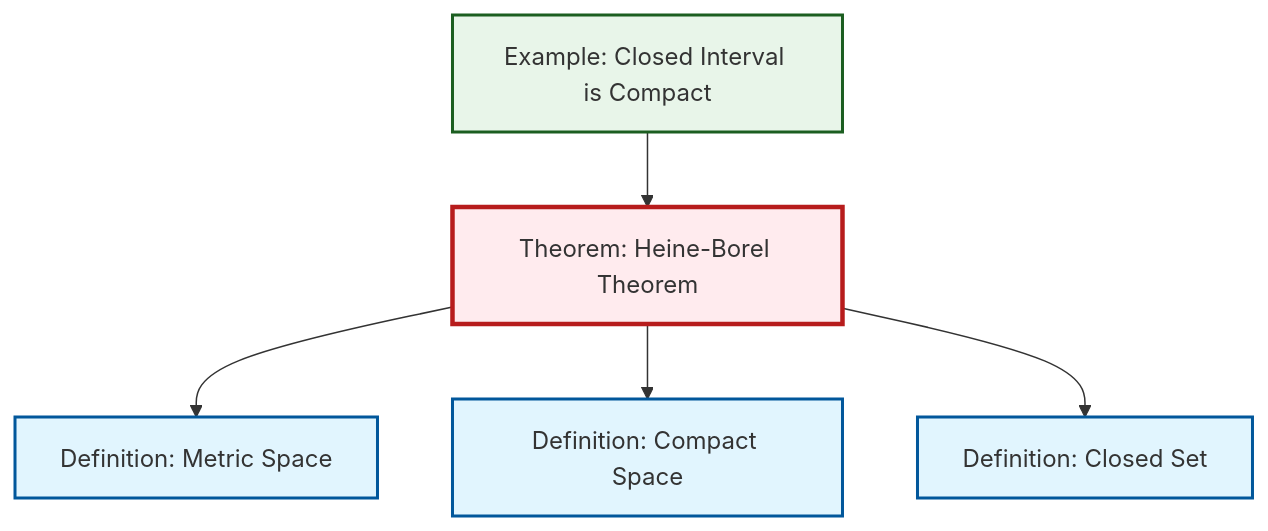
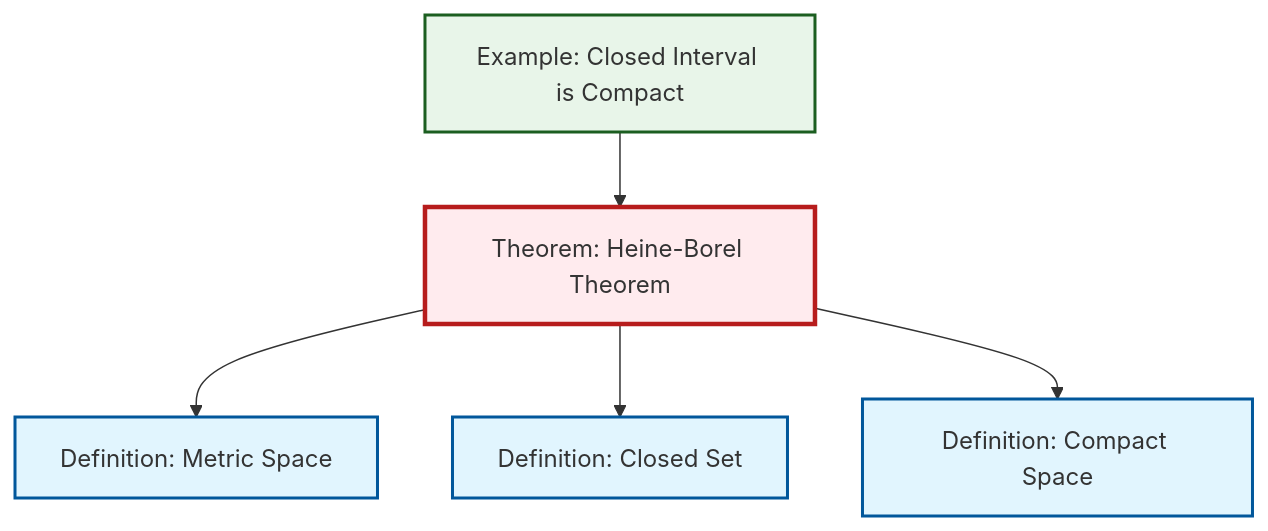
The diagram in content/ja/topology/thm-heine-borel.qmd (RK0429/ModernMath), drawn with Mermaid before and after one commit. The commit also changed other lines of this file and 491 other files, not shown here.

````diff
--- a/content/ja/topology/thm-heine-borel.qmd
+++ b/content/ja/topology/thm-heine-borel.qmd
@@ -49,23 +49,23 @@
 ```{mermaid}
 %%| fig-cap: "Local dependency graph"
 graph TD
     classDef definition fill:#e1f5fe,stroke:#01579b,stroke-width:2px
     classDef theorem fill:#f3e5f5,stroke:#4a148c,stroke-width:2px
     classDef axiom fill:#fff3e0,stroke:#e65100,stroke-width:2px
     classDef example fill:#e8f5e9,stroke:#1b5e20,stroke-width:2px
     classDef current fill:#ffebee,stroke:#b71c1c,stroke-width:3px
     def-closed-set["Definition: Closed Set"]:::definition
+    def-compact["Definition: Compact Space"]:::definition
+    ex-closed-interval-compact["Example: Closed Interval is Compact"]:::example
+    thm-heine-borel["Theorem: Heine-Borel Theorem"]:::theorem
     def-metric-space["Definition: Metric Space"]:::definition
-    ex-closed-interval-compact["Example: Closed Interval is Compact"]:::example
-    def-compact["Definition: Compact Space"]:::definition
-    thm-heine-borel["Theorem: Heine-Borel Theorem"]:::theorem
+    ex-closed-interval-compact --> thm-heine-borel
     thm-heine-borel --> def-metric-space
-    ex-closed-interval-compact --> thm-heine-borel
+    thm-heine-borel --> def-closed-set
     thm-heine-borel --> def-compact
-    thm-heine-borel --> def-closed-set
     class thm-heine-borel current
     click def-closed-set "def-closed-set.html" "Definition: Closed Setへ"
+    click def-compact "def-compact.html" "Definition: Compact Spaceへ"
+    click ex-closed-interval-compact "ex-closed-interval-compact.html" "Example: Closed Interval is Compactへ"
     click def-metric-space "def-metric-space.html" "Definition: Metric Spaceへ"
-    click ex-closed-interval-compact "ex-closed-interval-compact.html" "Example: Closed Interval is Compactへ"
-    click def-compact "def-compact.html" "Definition: Compact Spaceへ"
 ```
````
